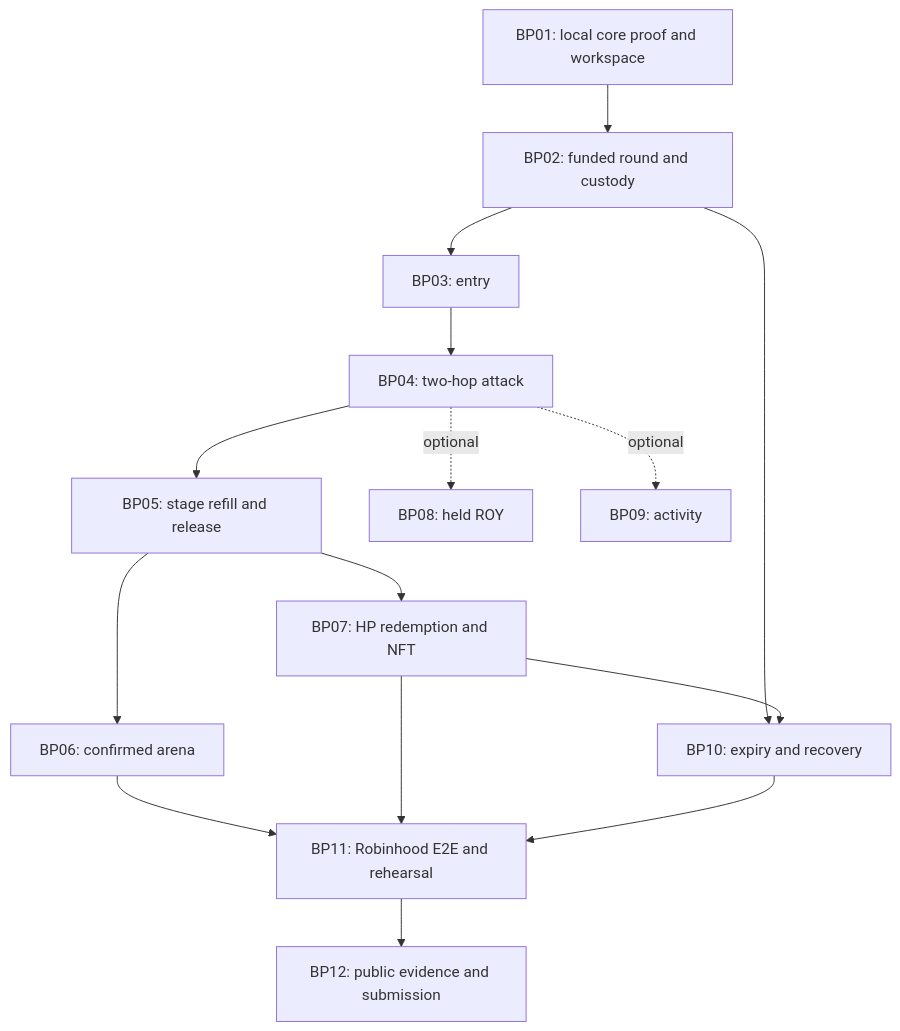
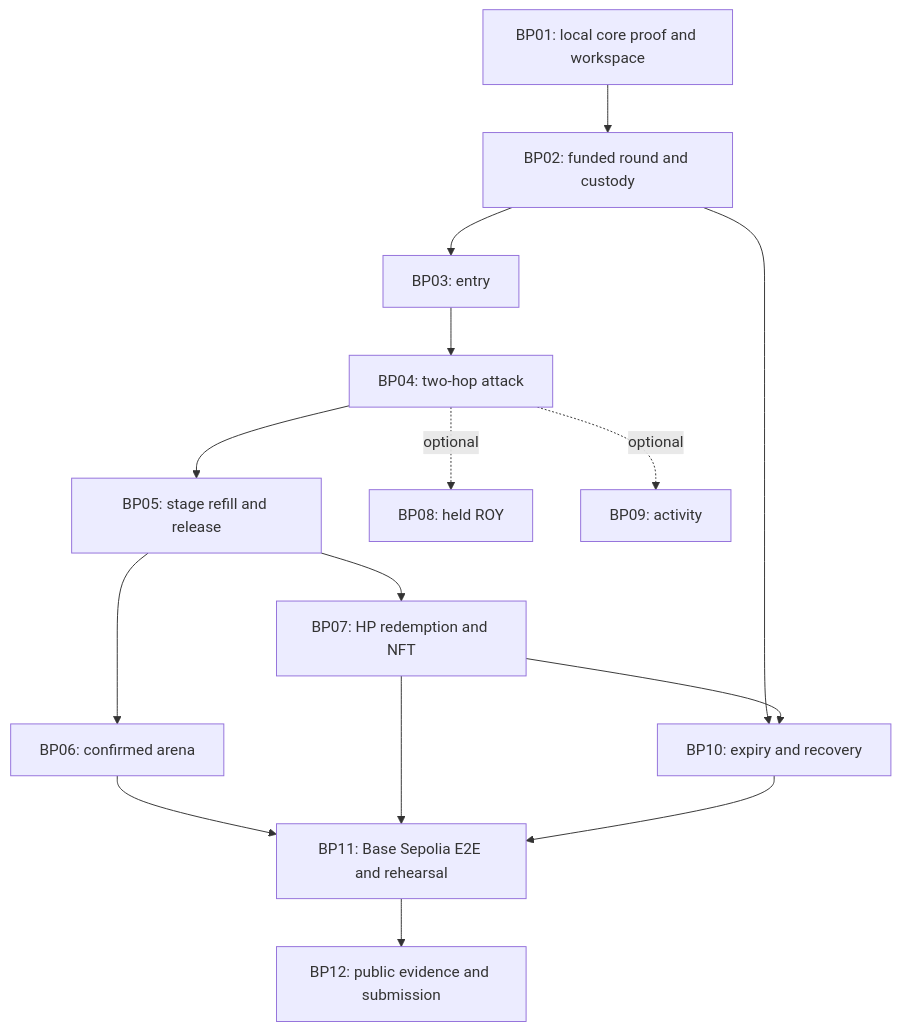
Before and after one commit to 0xroylee/eth-global-2026-tokyo: the diagram in docs/delivery-plan.md, drawn with Mermaid. The commit also changed other lines of this file and 3 other files, not shown here.

Commit message:
docs: target Base Sepolia for wallet and deployment work

````diff
--- a/docs/delivery-plan.md
+++ b/docs/delivery-plan.md
@@ -87,17 +87,17 @@
 ```mermaid
 flowchart TD
     A["BP01: local core proof and workspace"] --> B["BP02: funded round and custody"]
     B --> C["BP03: entry"]
     C --> D["BP04: two-hop attack"]
     D --> E["BP05: stage refill and release"]
     E --> F["BP06: confirmed arena"]
     E --> G["BP07: HP redemption and NFT"]
     B --> H["BP10: expiry and recovery"]
     G --> H
-    F --> I["BP11: Robinhood E2E and rehearsal"]
+    F --> I["BP11: Base Sepolia E2E and rehearsal"]
     G --> I
     H --> I
     I --> J["BP12: public evidence and submission"]
     D -. optional .-> K["BP08: held ROY"]
     D -. optional .-> L["BP09: activity"]
 ```
````
